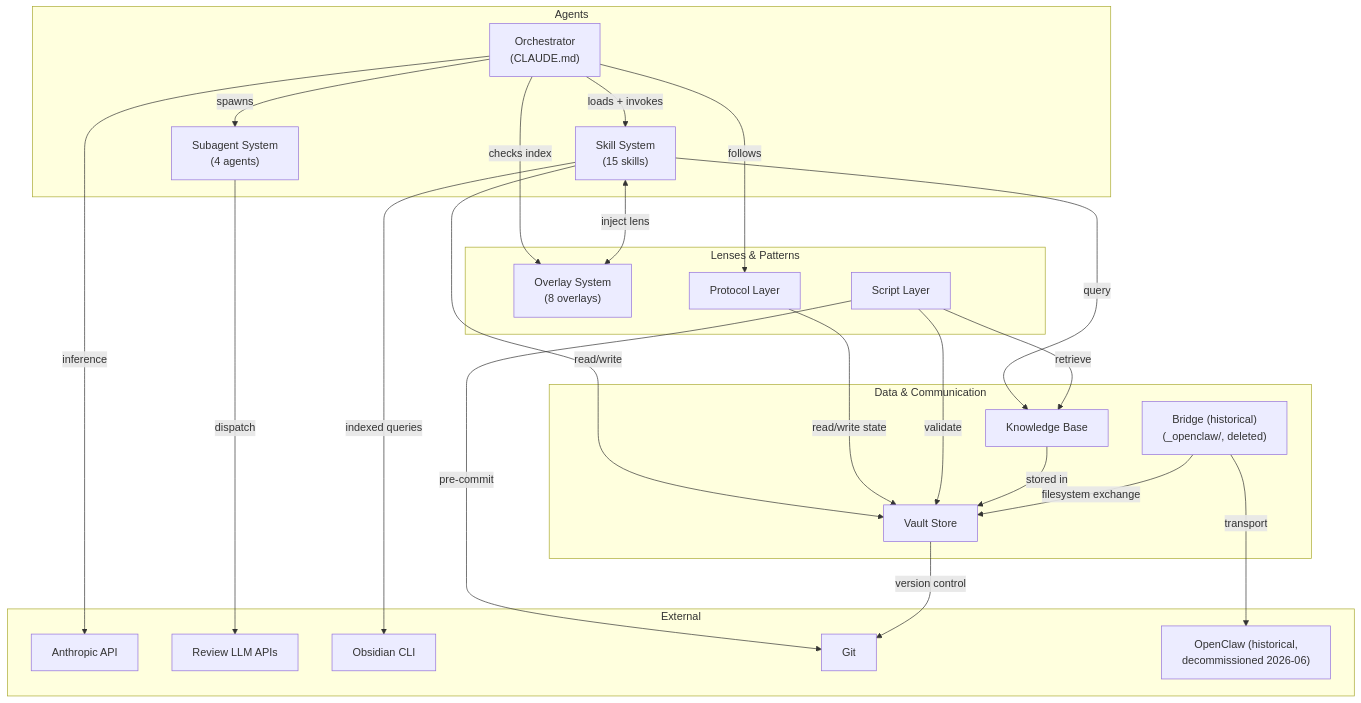
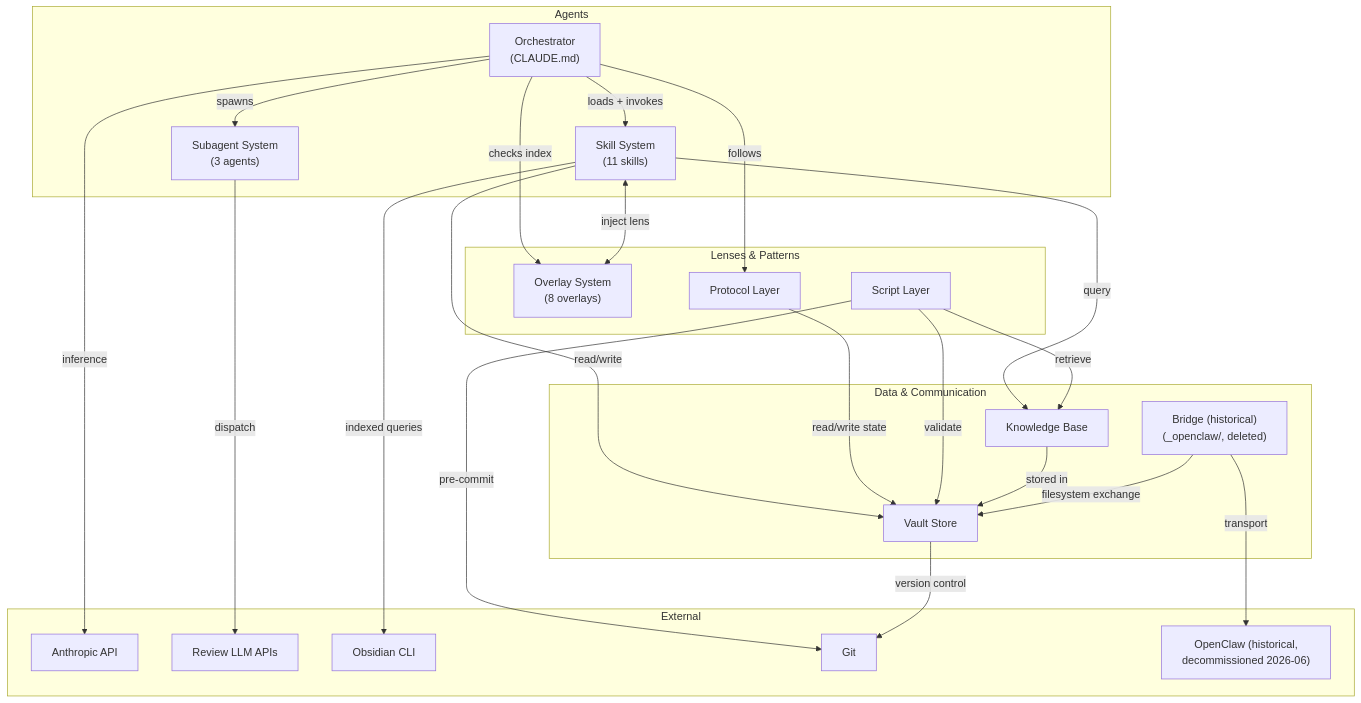
The second of 2 diagrams in _system/docs/architecture/02-building-blocks.md (djt71/crumb-vault-mirror), drawn with Mermaid before and after one commit. The commit also changed other lines of this file and 9 other files, not shown here.

Commit message:
sync: docs: architecture set refresh — roster 11/agents 3, 04-deployment restructured (Part I current / Part II historical), frontmatter dates + model-policy phrasing fixed

````diff
--- a/_system/docs/architecture/02-building-blocks.md
+++ b/_system/docs/architecture/02-building-blocks.md
@@ -272,63 +271,63 @@
 ```mermaid
 %%{init: {'theme': 'default'}}%%
 flowchart TD
     subgraph agents["Agents"]
         orch["Orchestrator\n(CLAUDE.md)"]
-        skills["Skill System\n(15 skills)"]
-        subs["Subagent System\n(4 agents)"]
+        skills["Skill System\n(11 skills)"]
+        subs["Subagent System\n(3 agents)"]
     end
 
     subgraph lenses["Lenses & Patterns"]
         overlays["Overlay System\n(8 overlays)"]
         protocols["Protocol Layer"]
         scripts["Script Layer"]
     end
 
     subgraph data["Data & Communication"]
         vault["Vault Store"]
         kb["Knowledge Base"]
         bridge["Bridge (historical)\n(_openclaw/, deleted)"]
     end
 
     subgraph external["External"]
         anthropic["Anthropic API"]
         review_apis["Review LLM APIs"]
         obsidian["Obsidian CLI"]
         git["Git"]
         openclaw["OpenClaw (historical,\ndecommissioned 2026-06)"]
     end
 
     %% Orchestrator is the root
     orch -->|"loads + invokes"| skills
     orch -->|"spawns"| subs
     orch -->|"checks index"| overlays
     orch -->|"follows"| protocols
 
     %% Skills depend on data
     skills -->|"read/write"| vault
     skills -->|"query"| kb
     skills <-->|"inject lens"| overlays
 
     %% Subagents reach external
     subs -->|"dispatch"| review_apis
 
     %% Protocols touch vault
     protocols -->|"read/write state"| vault
 
     %% Scripts enforce
     scripts -->|"validate"| vault
     scripts -->|"retrieve"| kb
     scripts -->|"pre-commit"| git
 
     %% KB built on vault
     kb -->|"stored in"| vault
 
     %% Bridge connects to vault
     bridge -->|"filesystem exchange"| vault
 
     %% External dependencies
     orch -->|"inference"| anthropic
     skills -->|"indexed queries"| obsidian
     vault -->|"version control"| git
     bridge -->|"transport"| openclaw
 ```
````
